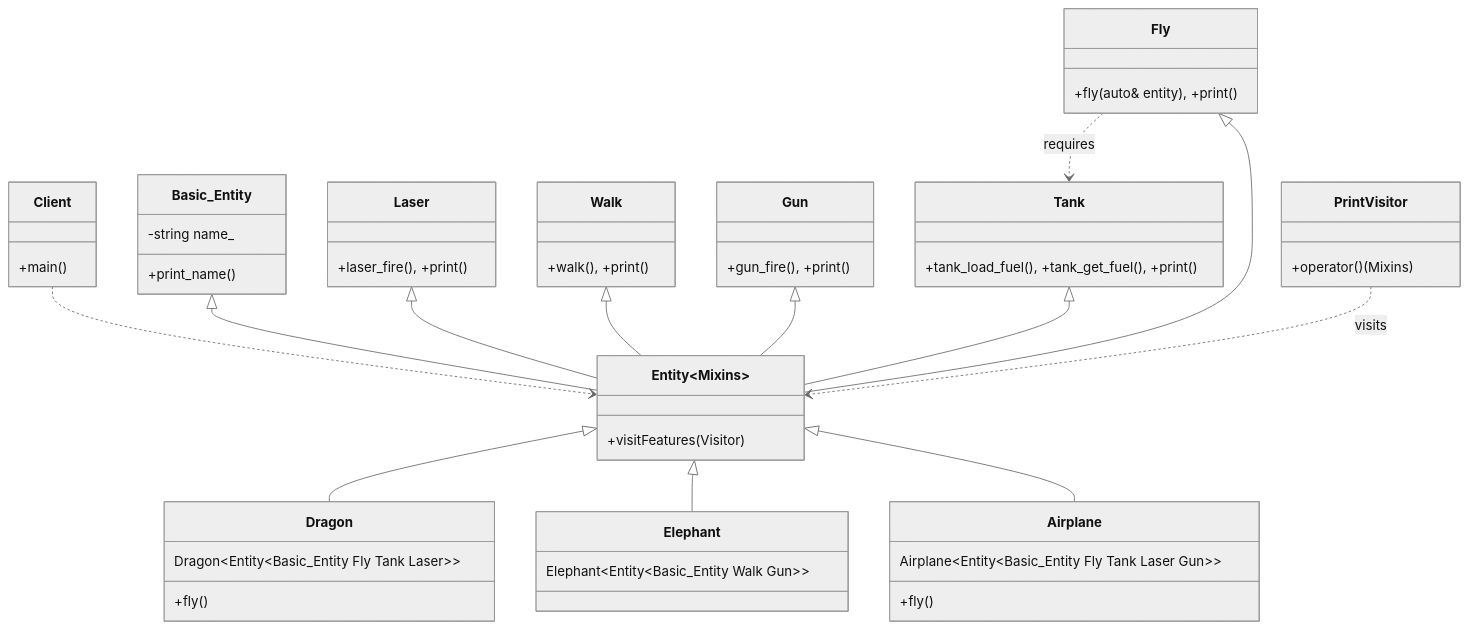
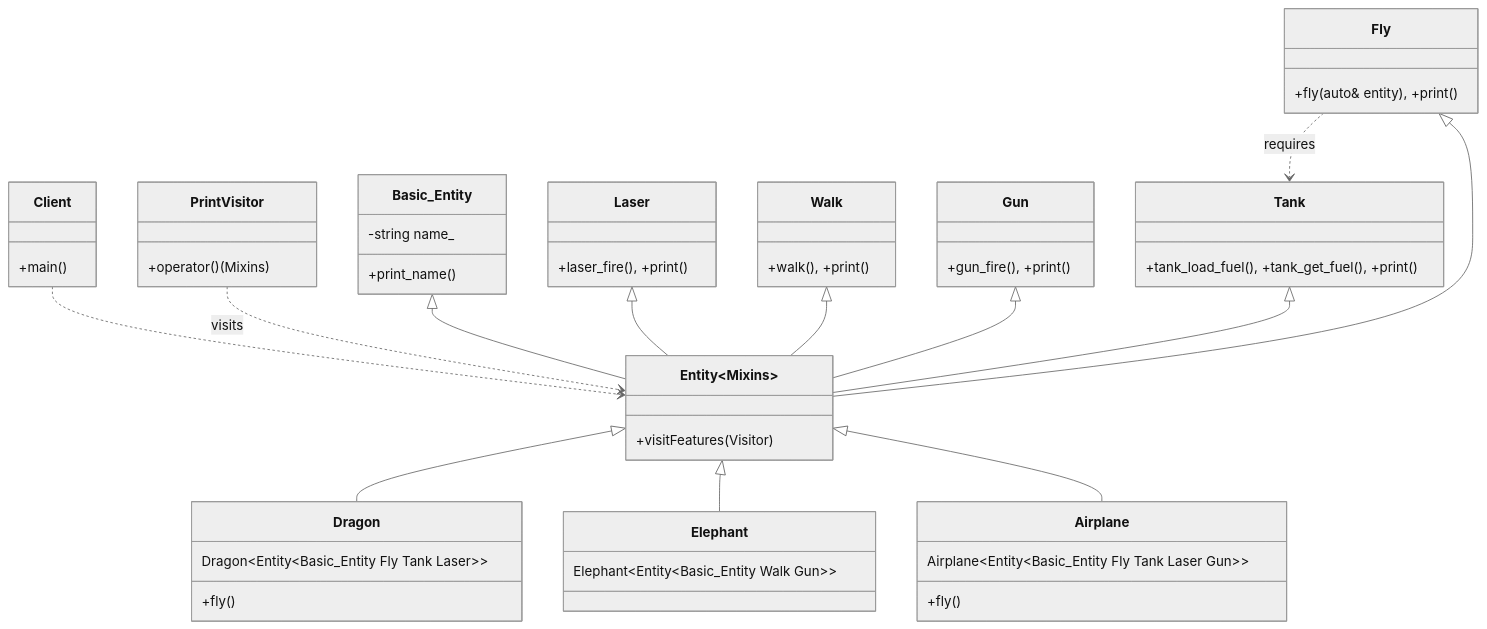
Before and after one commit to Cichlidfishexigency721/Modern-CPP-Design-Patterns: the diagram in 15_Mixin/02_Advanced/diagram.md, drawn with Mermaid (neutral theme). The commit also changed other lines of this file, not shown here.

Commit message:
UML improvement

````diff
--- a/15_Mixin/02_Advanced/diagram.md
+++ b/15_Mixin/02_Advanced/diagram.md
@@ -3,61 +3,61 @@
 ```mermaid
 classDiagram
 %%---------------------------------------------------------------------- Main:
    class Client {
       +main()
    }
 
 %%---------------------------------------------------- Features (Mixin Parts):
    class Laser { +laser_fire(), +print() }
    class Walk { +walk(), +print() }
    class Gun { +gun_fire(), +print() }
    class Tank { +tank_load_fuel(), +tank_get_fuel(), +print() }
    class Fly { +fly(auto& entity), +print() }
 
 %%--------------------------------------------------------------------- Entity:
    class Basic_Entity {
       -string name_
       +print_name()
    }
 
    class Entity~Mixins~ {
       +visitFeatures(Visitor)
    }
 
 %%------------------------------------------------------------ Mixin Entities:
    class Dragon {
       Dragon~Entity~Basic_Entity Fly Tank Laser~~
       +fly()
    }
    class Elephant {
       Elephant~Entity~Basic_Entity Walk Gun~~
    }
    class Airplane {
       Airplane~Entity~Basic_Entity Fly Tank Laser Gun~~
       +fly()
    }
 
    class PrintVisitor {
       +operator()(Mixins)
    }
 
 %%----------------------------------------------------------- UML Composition:
    Client ..> Entity~Mixins~
+   PrintVisitor ..> Entity~Mixins~ : visits
 
    %% Multiple Inheritance (Horizontal Composition)
    Basic_Entity <|-- Entity~Mixins~
    Laser <|-- Entity~Mixins~
    Walk <|-- Entity~Mixins~
    Gun <|-- Entity~Mixins~
    Tank <|-- Entity~Mixins~
    Fly <|-- Entity~Mixins~
 
    %% Specific Entities
    Entity~Mixins~ <|-- Dragon
    Entity~Mixins~ <|-- Elephant
    Entity~Mixins~ <|-- Airplane
 
    %% Dependencies
    Fly ..> Tank : requires
-   PrintVisitor ..> Entity~Mixins~ : visits
 ```
````
